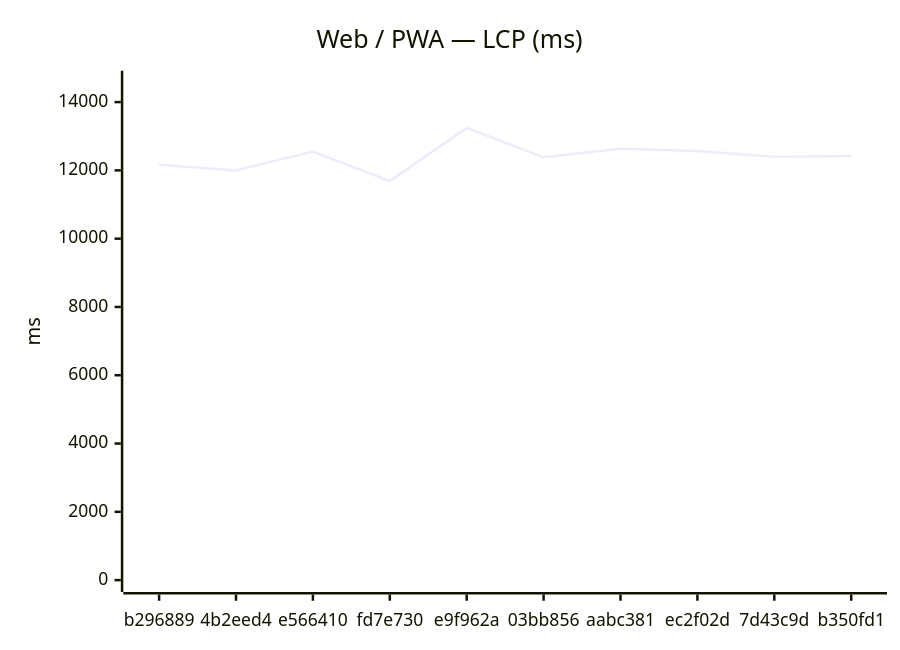
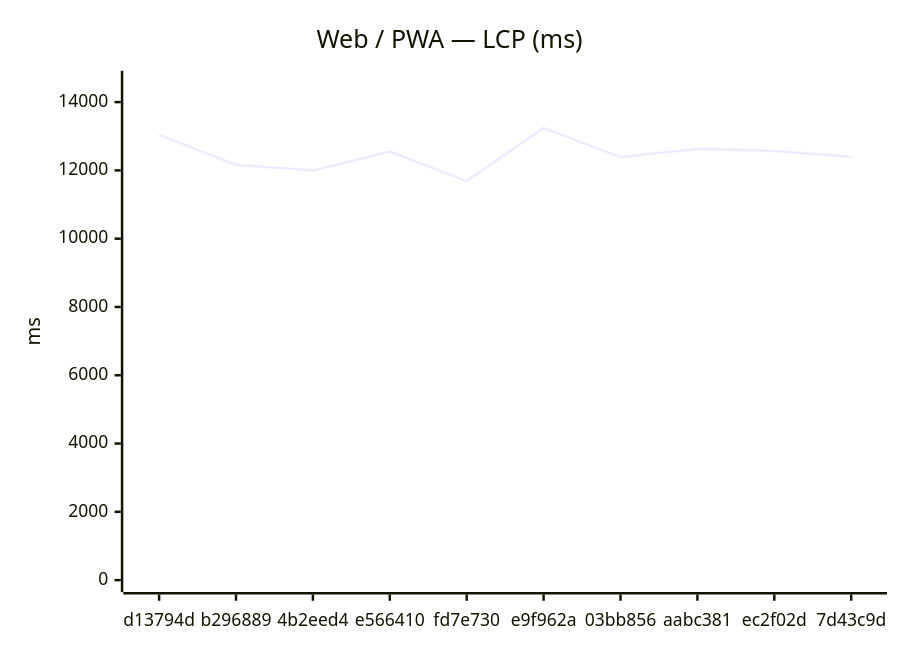
The first of 18 diagrams in benchmarks/compare.md (Metaheurist/Rianell), drawn with Mermaid before and after one commit. The commit also changed other lines of this file and 11 other files, not shown here.

````diff
--- a/benchmarks/compare.md
+++ b/benchmarks/compare.md
@@ -24,7 +24,7 @@
 ```mermaid
 xychart-beta
     title "Web / PWA — LCP (ms)"
-    x-axis ["b296889", "4b2eed4", "e566410", "fd7e730", "e9f962a", "03bb856", "aabc381", "ec2f02d", "7d43c9d", "b350fd1"]
+    x-axis ["d13794d", "b296889", "4b2eed4", "e566410", "fd7e730", "e9f962a", "03bb856", "aabc381", "ec2f02d", "7d43c9d"]
     y-axis "ms" 0 --> 14570
-    line [12168, 11999, 12553, 11687, 13245, 12382, 12632, 12566, 12399, 12420]
+    line [13038, 12168, 11999, 12553, 11687, 13245, 12382, 12632, 12566, 12399]
 ```
````
